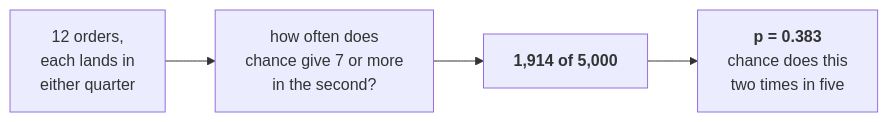
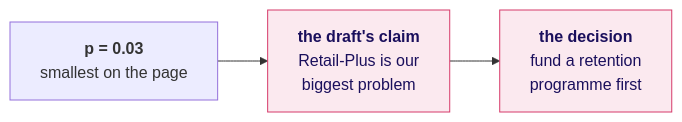
Before and after one commit to fde-academy-lab/c2-content-factory: diagram 12 of 20 in content/W01/D4/slides/C2_W01_D04_half1_STUDENT.md, drawn with Mermaid. The commit also changed other lines of this file and 26 other files, not shown here.

````diff
--- a/content/W01/D4/slides/C2_W01_D04_half1_STUDENT.md
+++ b/content/W01/D4/slides/C2_W01_D04_half1_STUDENT.md
@@ -165,6 +501,7 @@
 ```mermaid
 flowchart LR
-    A["12 orders,<br/>each lands in<br/>either quarter"] --> B["how often does<br/>chance give 7 or more<br/>in the second?"]
-    B --> C["<b>1,914 of 5,000</b>"]
-    C --> D["<b>p = 0.383</b><br/>chance does this<br/>two times in five"]
+    P["<b>p = 0.03</b><br/>smallest on the page"] --> C["<b>the draft's claim</b><br/>Retail-Plus is our<br/>biggest problem"]
+    C --> D["<b>the decision</b><br/>fund a retention<br/>programme first"]
+    classDef bad fill:#FBE9EF,stroke:#D63A6A,color:#1A0F5C
+    class C,D bad
 ```
````
